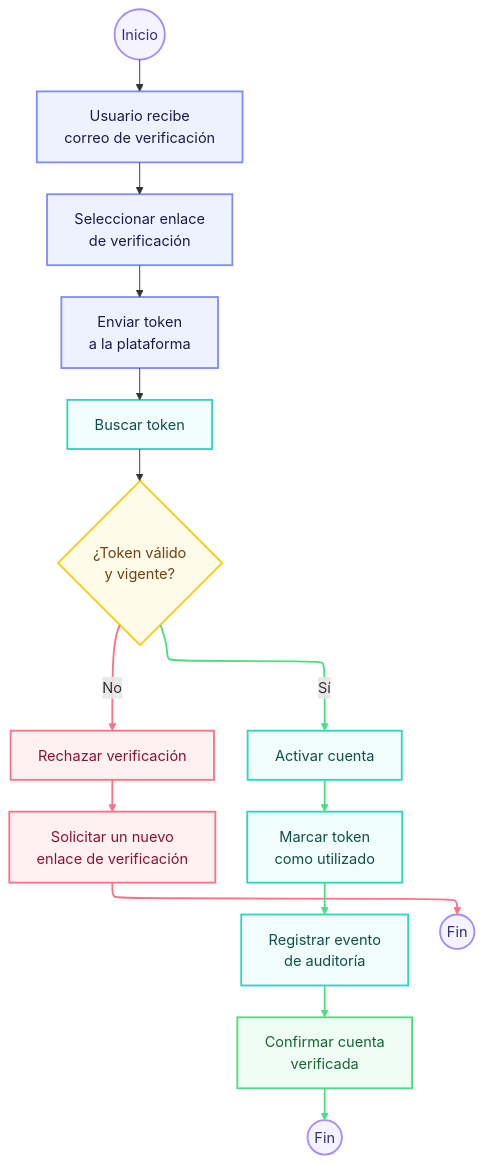
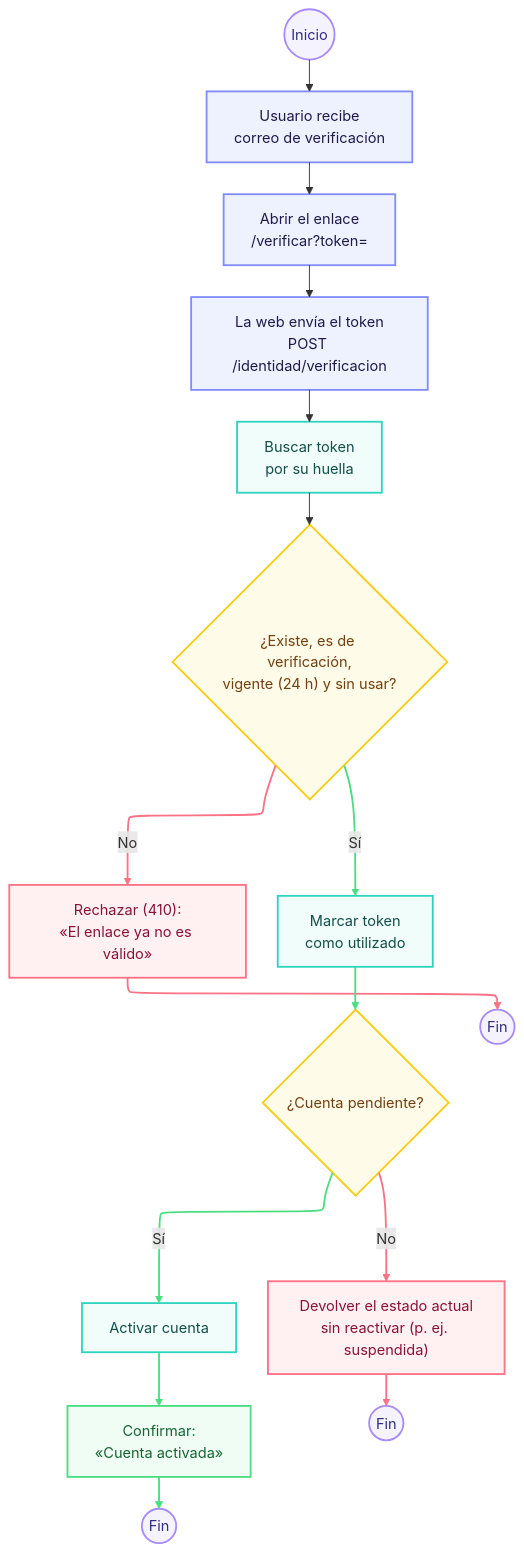
The diagram in docs/diagramas/m1-m10/m1-actividad-verificacion-correo.mmd (derekCmorales/deploya), drawn with Mermaid before and after one commit. The commit also changed 15 other files, not shown here.

```diff
--- a/docs/diagramas/m1-m10/m1-actividad-verificacion-correo.mmd
+++ b/docs/diagramas/m1-m10/m1-actividad-verificacion-correo.mmd
@@ -1,58 +1,61 @@
 ---
 config:
   layout: elk
 ---
 flowchart TD
 
     START((Inicio))
 
     A["Usuario recibe<br/>correo de verificación"]
-    B["Seleccionar enlace<br/>de verificación"]
-    C["Enviar token<br/>a la plataforma"]
+    B["Abrir el enlace<br/>/verificar?token="]
+    C["La web envía el token<br/>POST /identidad/verificacion"]
 
-    D["Buscar token"]
-    E{"¿Token válido<br/>y vigente?"}
+    D["Buscar token<br/>por su huella"]
+    E{"¿Existe, es de verificación,<br/>vigente (24 h) y sin usar?"}
 
-    F["Rechazar verificación"]
-    G["Solicitar un nuevo<br/>enlace de verificación"]
+    F["Rechazar (410):<br/>«El enlace ya no es válido»"]
 
-    H["Activar cuenta"]
-    I["Marcar token<br/>como utilizado"]
-    J["Registrar evento<br/>de auditoría"]
-    K["Confirmar cuenta<br/>verificada"]
+    H["Marcar token<br/>como utilizado"]
+    I{"¿Cuenta pendiente?"}
+    J["Activar cuenta"]
+    K["Confirmar:<br/>«Cuenta activada»"]
+    L["Devolver el estado actual<br/>sin reactivar (p. ej. suspendida)"]
 
     END1((Fin))
     END2((Fin))
+    END3((Fin))
 
     START --> A
     A --> B
     B --> C
     C --> D
     D --> E
 
     E -->|"No"| F
-    F --> G
-    G --> END1
+    F --> END1
 
     E -->|"Sí"| H
     H --> I
-    I --> J
+    I -->|"Sí"| J
     J --> K
     K --> END2
+
+    I -->|"No"| L
+    L --> END3
 
     classDef startEnd fill:#f5f3ff,stroke:#a78bfa,stroke-width:2px,color:#312e81;
     classDef input fill:#eef2ff,stroke:#818cf8,stroke-width:2px,color:#1e1b4b;
     classDef process fill:#f0fdfa,stroke:#2dd4bf,stroke-width:2px,color:#134e4a;
     classDef decision fill:#fefce8,stroke:#facc15,stroke-width:2px,color:#713f12;
     classDef error fill:#fff1f2,stroke:#fb7185,stroke-width:2px,color:#881337;
     classDef success fill:#f0fdf4,stroke:#4ade80,stroke-width:2px,color:#166534;
 
-    class START,END1,END2 startEnd;
+    class START,END1,END2,END3 startEnd;
     class A,B,C input;
-    class D,H,I,J process;
-    class E decision;
-    class F,G error;
+    class D,H,J process;
+    class E,I decision;
+    class F,L error;
     class K success;
 
-    linkStyle 5,6,7 stroke:#fb7185,stroke-width:2px;
-    linkStyle 8,9,10,11,12 stroke:#4ade80,stroke-width:2px;
+    linkStyle 5,6,12,13 stroke:#fb7185,stroke-width:2px;
+    linkStyle 7,8,9,10,11 stroke:#4ade80,stroke-width:2px;
```
